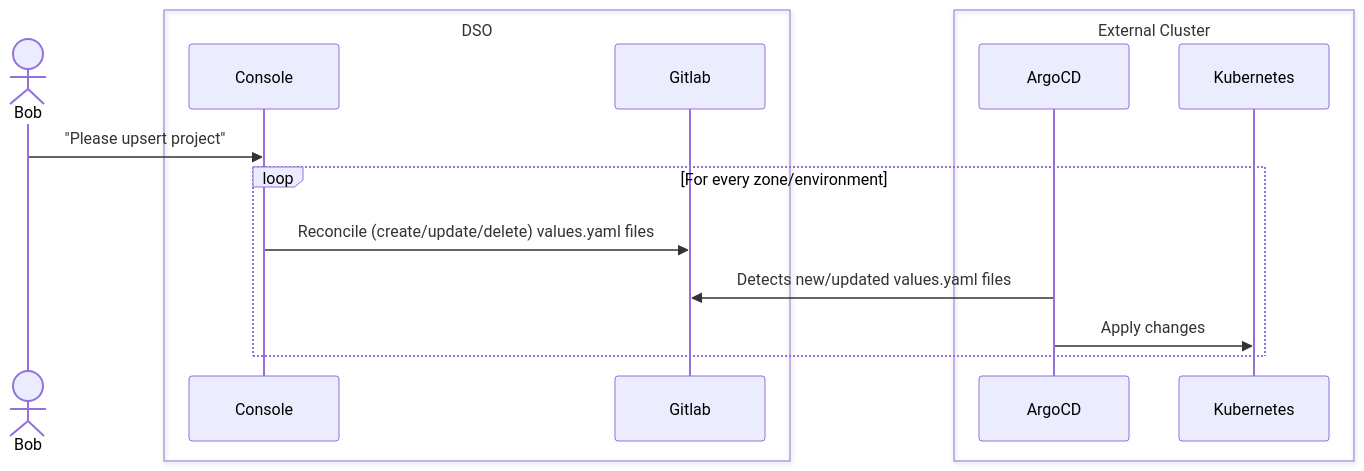
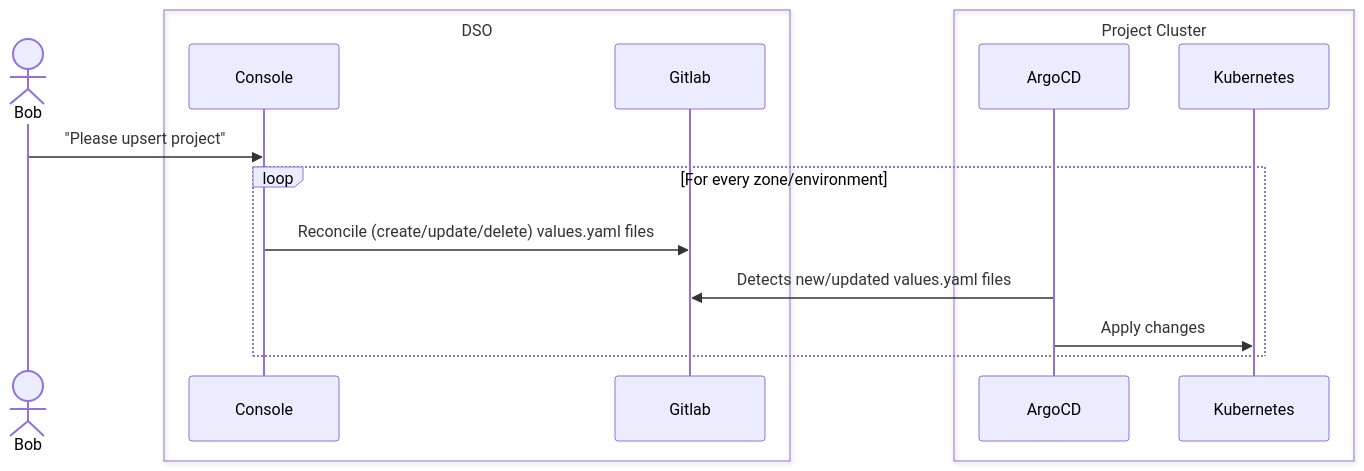
The first of 6 diagrams in plugins/argocd/README.md (cloud-pi-native/console), drawn with Mermaid before and after one commit. The commit also changed other lines of this file and 15 other files, not shown here.

First line of the commit message:
chore: remove 'external' cluster property

````diff
--- a/plugins/argocd/README.md
+++ b/plugins/argocd/README.md
@@ -83,22 +13,22 @@
 ```mermaid
 sequenceDiagram
   actor Bob as Bob
 
   box DSO
     participant Console as Console
     participant Gitlab as Gitlab
   end
 
-  box External Cluster
+  box Project Cluster
     participant ArgoCD_EXT as ArgoCD
     participant Kubernetes_EXT as Kubernetes
   end
 
   Bob ->> Console: "Please upsert project"
 
   loop For every zone/environment
     Console ->> Gitlab: Reconcile (create/update/delete) values.yaml files
     ArgoCD_EXT ->> Gitlab: Detects new/updated values.yaml files
     ArgoCD_EXT ->> Kubernetes_EXT: Apply changes
   end
 ```
````
